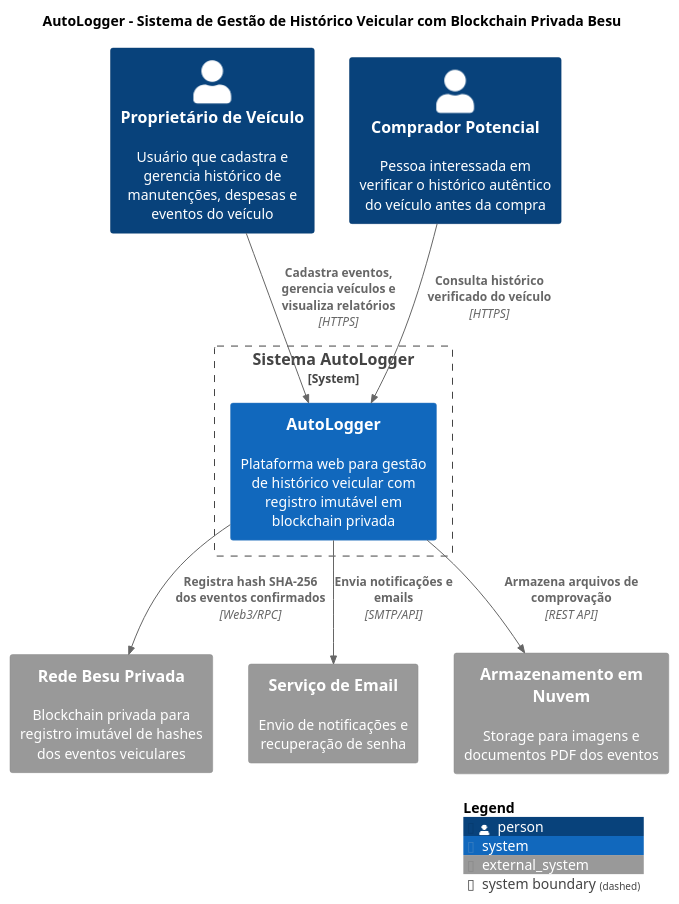
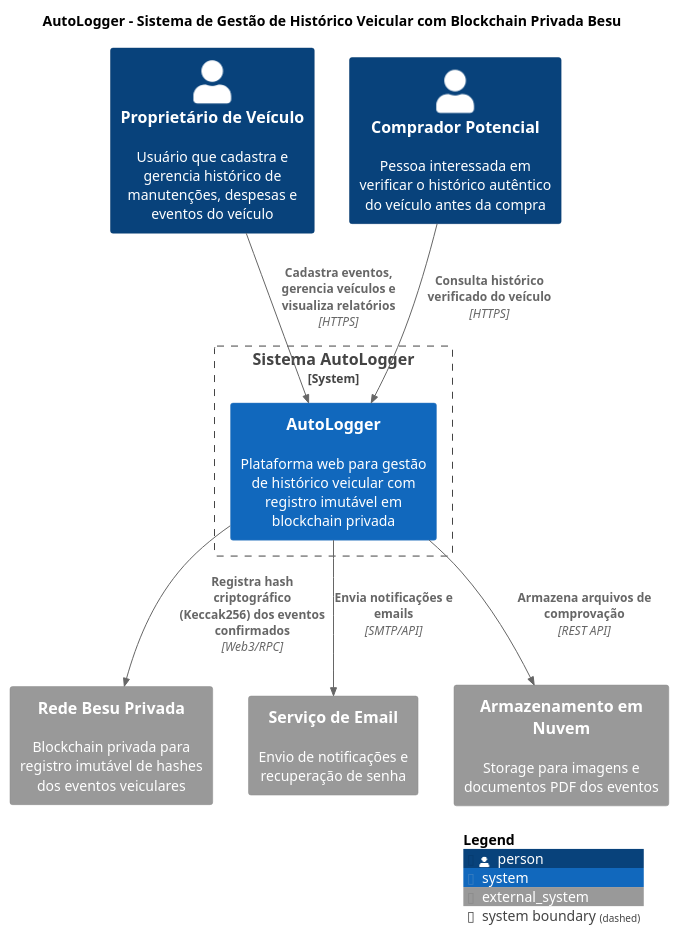
Before and after one commit to Pellegr1n1/autologger-services: the first of 4 diagrams in docs/c4_architecture/c4_architecture.puml, drawn with PlantUML. The commit also changed other lines of this file and 245 other files, not shown here.

```diff
--- a/docs/c4_architecture/c4_architecture.puml
+++ b/docs/c4_architecture/c4_architecture.puml
@@ -1,28 +1,28 @@
 @startuml c4_level1
 !includeurl https://raw.githubusercontent.com/plantuml-stdlib/C4-PlantUML/master/C4_Context.puml
 !includeurl https://raw.githubusercontent.com/plantuml-stdlib/C4-PlantUML/master/C4_Container.puml
 !includeurl https://raw.githubusercontent.com/plantuml-stdlib/C4-PlantUML/master/C4_Component.puml
 
 title AutoLogger - Sistema de Gestão de Histórico Veicular com Blockchain Privada Besu
 
 LAYOUT_TOP_DOWN()
 
 Person(owner, "Proprietário de Veículo", "Usuário que cadastra e gerencia histórico de manutenções, despesas e eventos do veículo")
 Person(buyer, "Comprador Potencial", "Pessoa interessada em verificar o histórico autêntico do veículo antes da compra")
 
 System_Boundary(autologger_system, "Sistema AutoLogger") {
     System(autologger, "AutoLogger", "Plataforma web para gestão de histórico veicular com registro imutável em blockchain privada")
 }
 
 System_Ext(besu_network, "Rede Besu Privada", "Blockchain privada para registro imutável de hashes dos eventos veiculares")
 System_Ext(email_service, "Serviço de Email", "Envio de notificações e recuperação de senha")
 System_Ext(cloud_storage, "Armazenamento em Nuvem", "Storage para imagens e documentos PDF dos eventos")
 
 Rel(owner, autologger, "Cadastra eventos, gerencia veículos e visualiza relatórios", "HTTPS")
 Rel(buyer, autologger, "Consulta histórico verificado do veículo", "HTTPS")
-Rel(autologger, besu_network, "Registra hash SHA-256 dos eventos confirmados", "Web3/RPC")
+Rel(autologger, besu_network, "Registra hash criptográfico (Keccak256) dos eventos confirmados", "Web3/RPC")
 Rel(autologger, email_service, "Envia notificações e emails", "SMTP/API")
 Rel(autologger, cloud_storage, "Armazena arquivos de comprovação", "REST API")
 
 SHOW_LEGEND()
 @enduml
```
